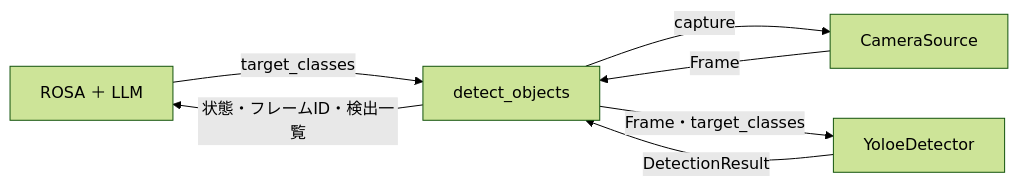
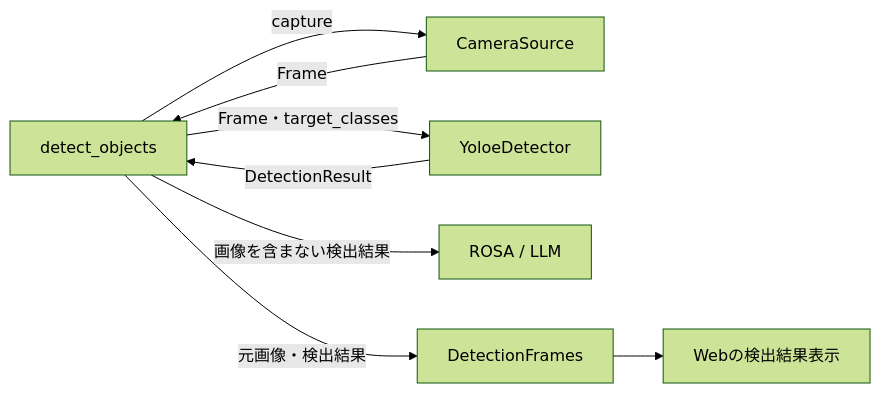
The third of 3 diagrams in docs/architecture.md (kyoto-kaira/rosa-turbopi), drawn with Mermaid (forest theme) before and after one commit. The commit also changed other lines of this file and 3 other files, not shown here.

````diff
--- a/docs/architecture.md
+++ b/docs/architecture.md
@@ -211,9 +173,10 @@
 ```mermaid
 flowchart LR
-    Agent["ROSA ＋ LLM"] -->|target_classes| Tool["detect_objects"]
-    Tool -->|capture| Camera["CameraSource"]
+    Tool[detect_objects] -->|capture| Camera[CameraSource]
     Camera -->|Frame| Tool
-    Tool -->|Frame・target_classes| Detector["YoloeDetector"]
+    Tool -->|Frame・target_classes| Detector[YoloeDetector]
     Detector -->|DetectionResult| Tool
-    Tool -->|状態・フレームID・検出一覧| Agent
+    Tool -->|画像を含まない検出結果| Agent[ROSA / LLM]
+    Tool -->|元画像・検出結果| Frames[DetectionFrames]
+    Frames --> View[Webの検出結果表示]
 ```
````
